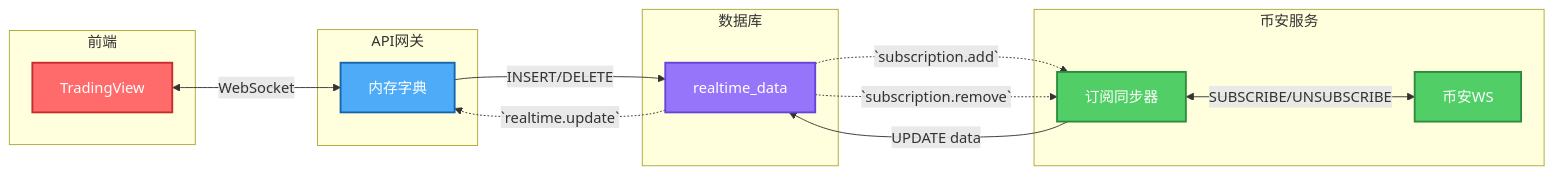
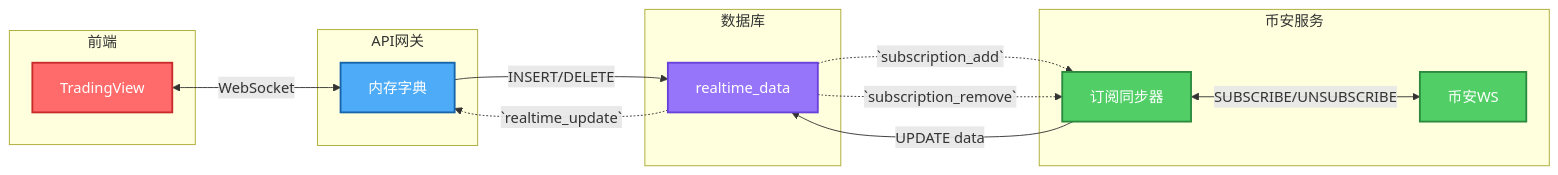
Before and after one commit to mj2154/quant-trading-system-2602: the second of 8 diagrams in docs/backend/design/01-task-subscription.md, drawn with Mermaid. The commit also changed other lines of this file and 32 other files, not shown here.

````diff
--- a/docs/backend/design/01-task-subscription.md
+++ b/docs/backend/design/01-task-subscription.md
@@ -924,40 +924,40 @@
 ```mermaid
 flowchart LR
     %% 节点样式
     classDef frontend fill:#ff6b6b,stroke:#c92a2a,stroke-width:2px,color:#fff
     classDef gateway fill:#4dabf7,stroke:#1864ab,stroke-width:2px,color:#fff
     classDef database fill:#9775fa,stroke:#6741d9,stroke-width:2px,color:#fff
     classDef binance fill:#51cf66,stroke:#2b8a3e,stroke-width:2px,color:#fff
 
     subgraph "前端"
         TV[TradingView]
     end
 
     subgraph "API网关"
         Mem[内存字典]
     end
 
     subgraph "数据库"
         RT[realtime_data]
     end
 
     subgraph "币安服务"
         Sync[订阅同步器]
         WS[币安WS]
     end
 
     %% 应用样式
     class TV frontend
     class Mem gateway
     class RT database
     class Sync,WS binance
 
     %% 连接
     TV <-->|WebSocket| Mem
     Mem --INSERT/DELETE--> RT
-    RT -.->|`subscription.add`| Sync
-    RT -.->|`subscription.remove`| Sync
+    RT -.->|`subscription_add`| Sync
+    RT -.->|`subscription_remove`| Sync
     Sync --UPDATE data--> RT
-    RT -.->|`realtime.update`| Mem
+    RT -.->|`realtime_update`| Mem
     Sync <-->|SUBSCRIBE/UNSUBSCRIBE| WS
 ```
````
